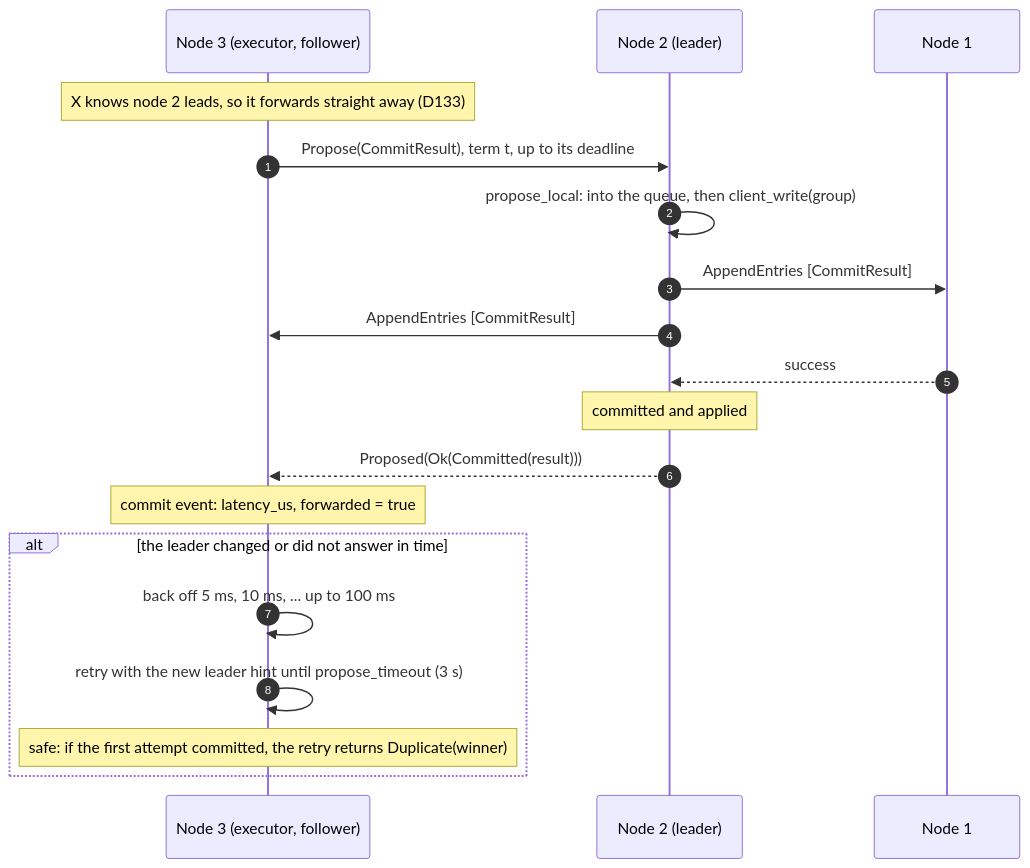
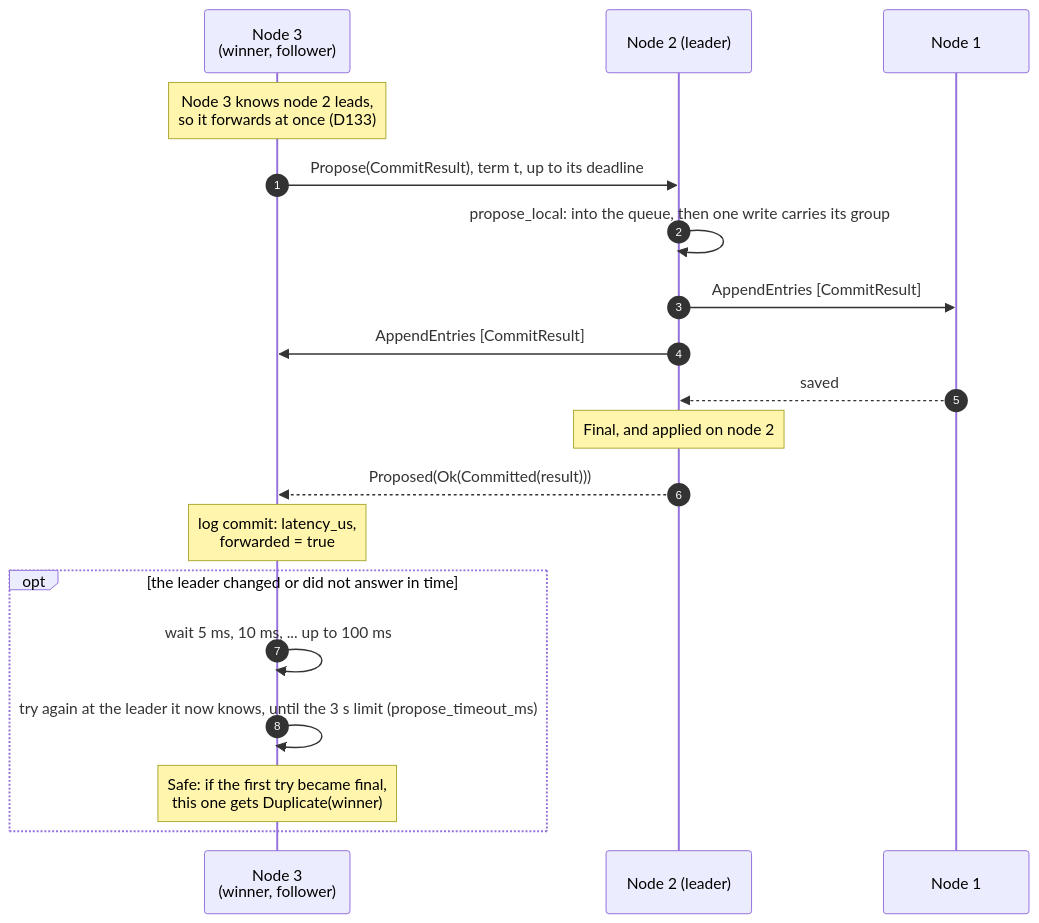
Diagram 15 of 48 in docs/architecture.md (noortaytoy1/DistributedSystems), drawn with Mermaid before and after one commit. The commit also changed other lines of this file and 2 other files, not shown here.

First line of the commit message:
Apply the diagram review to the architecture docs (D231)

````diff
--- a/docs/architecture.md
+++ b/docs/architecture.md
@@ -747,21 +816,21 @@
 ```mermaid
 sequenceDiagram
     autonumber
-    participant X as Node 3 (executor, follower)
+    participant X as Node 3<br/>(winner, follower)
     participant L as Node 2 (leader)
     participant F as Node 1
-    Note over X: X knows node 2 leads, so it forwards straight away (D133)
+    Note over X: Node 3 knows node 2 leads,<br/>so it forwards at once (D133)
     X->>L: Propose(CommitResult), term t, up to its deadline
-    L->>L: propose_local: into the queue, then client_write(group)
+    L->>L: propose_local: into the queue, then one write carries its group
     L->>F: AppendEntries [CommitResult]
     L->>X: AppendEntries [CommitResult]
-    F-->>L: success
-    Note over L: committed and applied
+    F-->>L: saved
+    Note over L: Final, and applied on node 2
     L-->>X: Proposed(Ok(Committed(result)))
-    Note over X: commit event: latency_us, forwarded = true
-    alt the leader changed or did not answer in time
-        X->>X: back off 5 ms, 10 ms, ... up to 100 ms
-        X->>X: retry with the new leader hint until propose_timeout (3 s)
-        Note over X: safe: if the first attempt committed, the retry returns Duplicate(winner)
+    Note over X: log commit: latency_us,<br/>forwarded = true
+    opt the leader changed or did not answer in time
+        X->>X: wait 5 ms, 10 ms, ... up to 100 ms
+        X->>X: try again at the leader it now knows, until the 3 s limit (propose_timeout_ms)
+        Note over X: Safe: if the first try became final,<br/>this one gets Duplicate(winner)
     end
 ```
````
